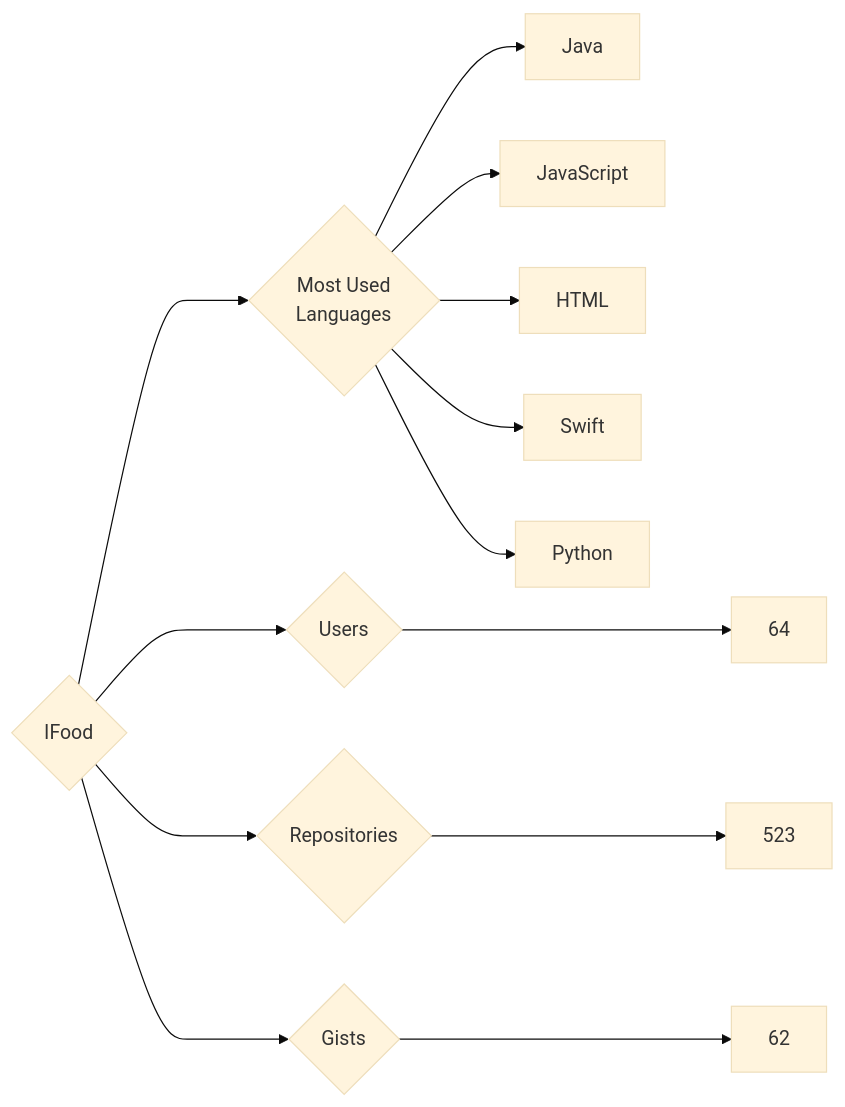
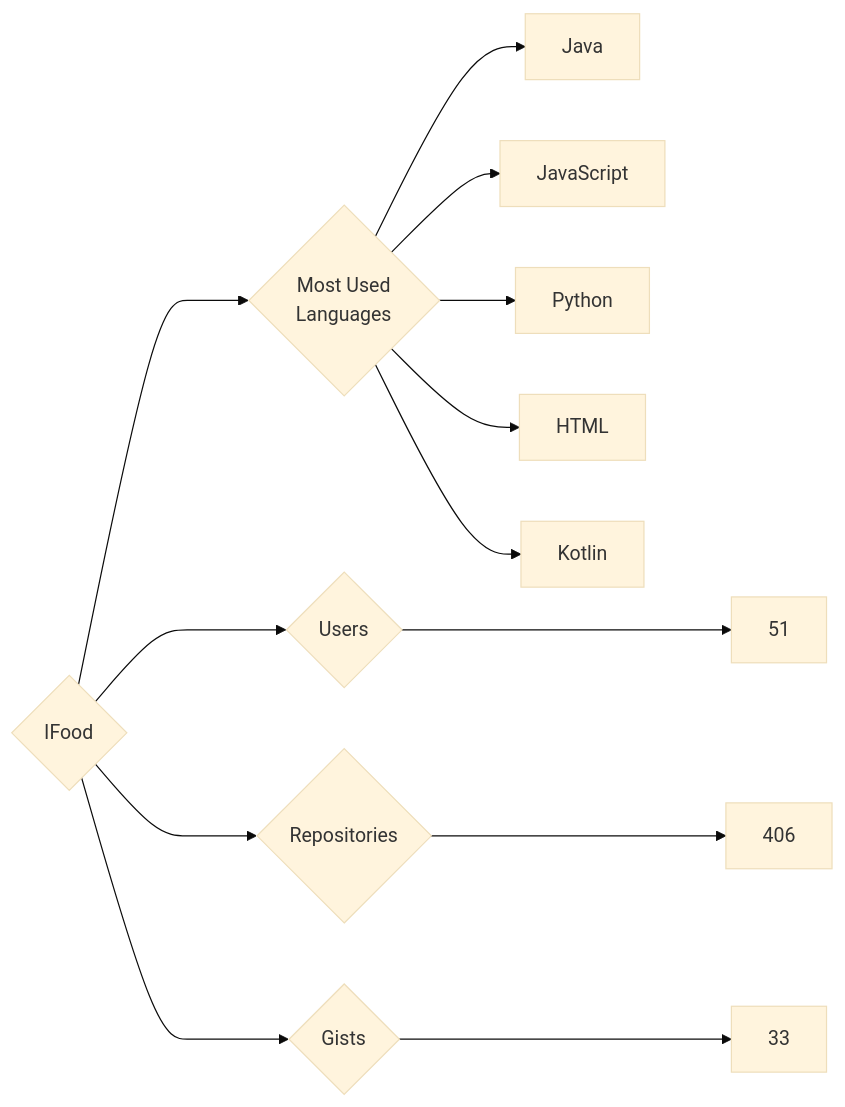
Before and after one commit to trickest/insiders: the diagram in targets/IFood/README.md, drawn with Mermaid (base theme). The commit also changed 861 other files, not shown here.

````diff
--- a/targets/IFood/README.md
+++ b/targets/IFood/README.md
@@ -3,13 +3,13 @@
 ```mermaid
 graph LR
 COMPANY_NAME{IFood}
-COMPANY_NAME ---> U{Users} ---> UN[64]
-COMPANY_NAME ---> R{Repositories} ---> RN[523]
-COMPANY_NAME ---> G{Gists} ---> GN[62]
+COMPANY_NAME ---> U{Users} ---> UN[51]
+COMPANY_NAME ---> R{Repositories} ---> RN[406]
+COMPANY_NAME ---> G{Gists} ---> GN[33]
 COMPANY_NAME ---> ML{Most Used<br>Languages}
 ML --> Java[Java]
 ML --> JavaScript[JavaScript]
+ML --> Python[Python]
 ML --> HTML[HTML]
-ML --> Swift[Swift]
-ML --> Python[Python]
+ML --> Kotlin[Kotlin]
 ```
````
